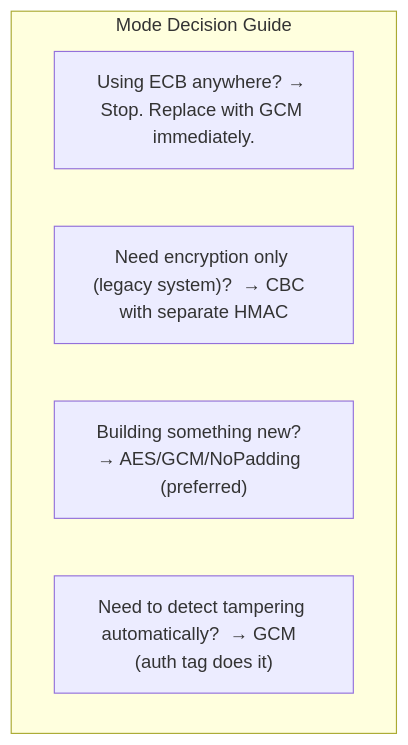
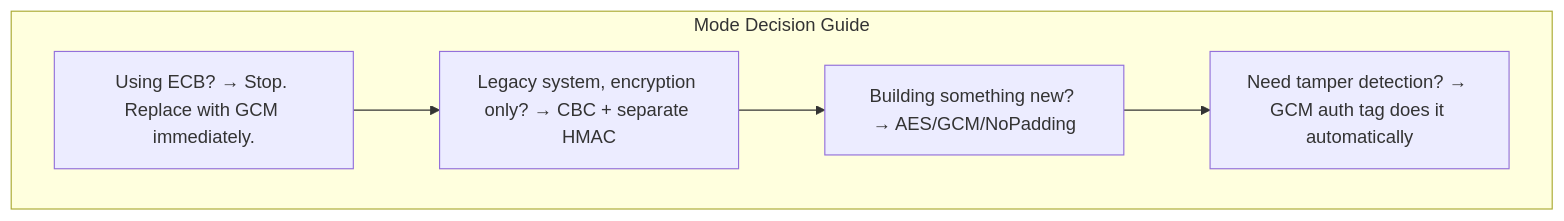
One commit to csoares/SecurityJava changed the fourth of 4 diagrams in src/main/java/security/encryption/modes/README.md. Above: the diagram before and after it, drawn with Mermaid. The commit also changed 8 other files, not shown here.

Commit message:
Enhance README with additional flowchart connections and clarifications for cryptographic concepts

````diff
--- a/src/main/java/security/encryption/modes/README.md
+++ b/src/main/java/security/encryption/modes/README.md
@@ -55,9 +55,10 @@
 ```mermaid
 flowchart TD
     subgraph Summary ["Mode Decision Guide"]
-        D1["Using ECB anywhere? → Stop. Replace with GCM immediately."]
-        D2["Need encryption only (legacy system)?  → CBC  with separate HMAC"]
-        D3["Building something new?  → AES/GCM/NoPadding  (preferred)"]
-        D4["Need to detect tampering automatically?  → GCM  (auth tag does it)"]
+        D1["Using ECB? → Stop. Replace with GCM immediately."]
+        D2["Legacy system, encryption only? → CBC + separate HMAC"]
+        D3["Building something new? → AES/GCM/NoPadding"]
+        D4["Need tamper detection? → GCM auth tag does it automatically"]
+        D1 --> D2 --> D3 --> D4
     end
 ```
````
